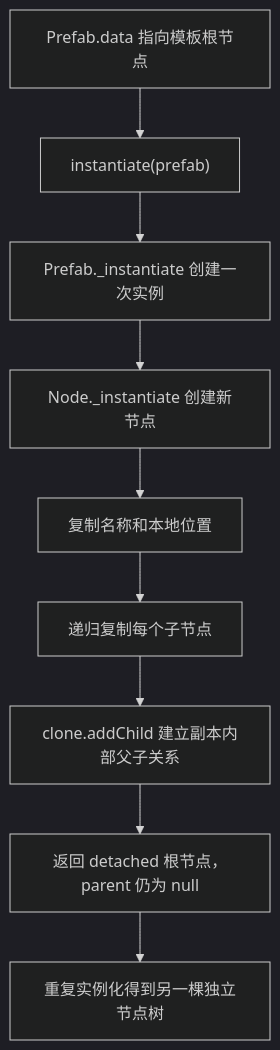
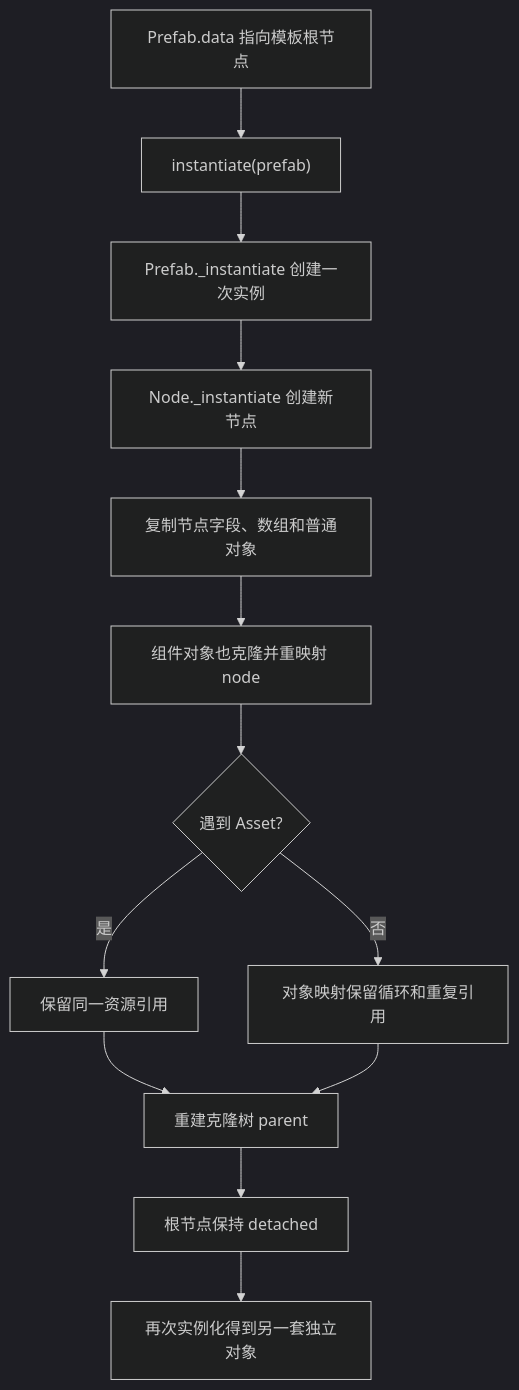
One commit to baiyangzuoshu/CocosAgent changed the diagram in learn_2.4cocoscreator/s17_prefab_instantiation/README.md. Above: the diagram before and after it, drawn with Mermaid (dark theme). The commit also changed other lines of this file and 48 other files, not shown here.

````diff
--- a/learn_2.4cocoscreator/s17_prefab_instantiation/README.md
+++ b/learn_2.4cocoscreator/s17_prefab_instantiation/README.md
@@ -7,11 +7,15 @@
 ```mermaid
 flowchart TD
   A["Prefab.data 指向模板根节点"] --> B["instantiate(prefab)"]
   B --> C["Prefab._instantiate 创建一次实例"]
   C --> D["Node._instantiate 创建新节点"]
-  D --> E["复制名称和本地位置"]
-  E --> F["递归复制每个子节点"]
-  F --> G["clone.addChild 建立副本内部父子关系"]
-  G --> H["返回 detached 根节点，parent 仍为 null"]
-  H --> I["重复实例化得到另一棵独立节点树"]
+  D --> E["复制节点字段、数组和普通对象"]
+  E --> F["组件对象也克隆并重映射 node"]
+  F --> G{"遇到 Asset?"}
+  G -->|是| H["保留同一资源引用"]
+  G -->|否| I["对象映射保留循环和重复引用"]
+  H --> J["重建克隆树 parent"]
+  I --> J
+  J --> K["根节点保持 detached"]
+  K --> L["再次实例化得到另一套独立对象"]
 ```
````
